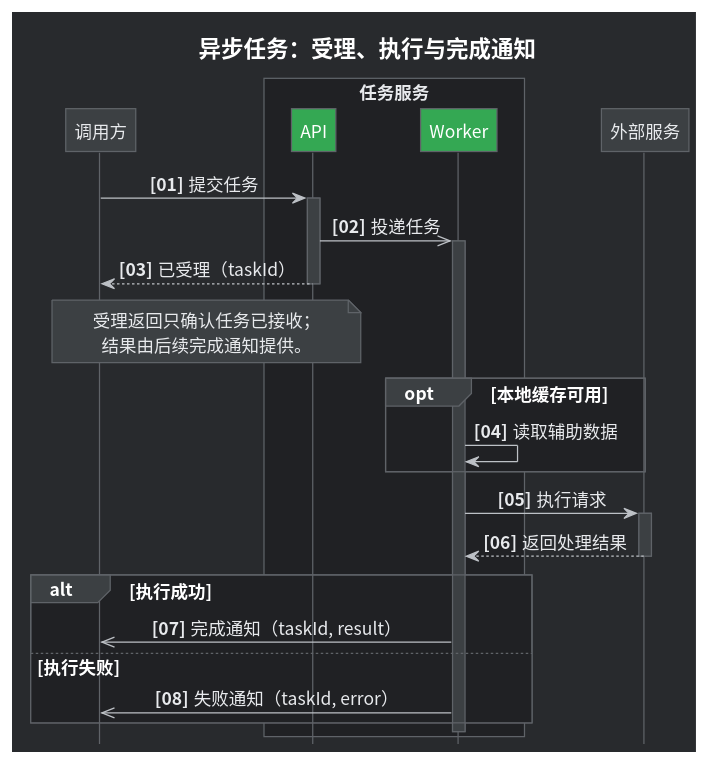
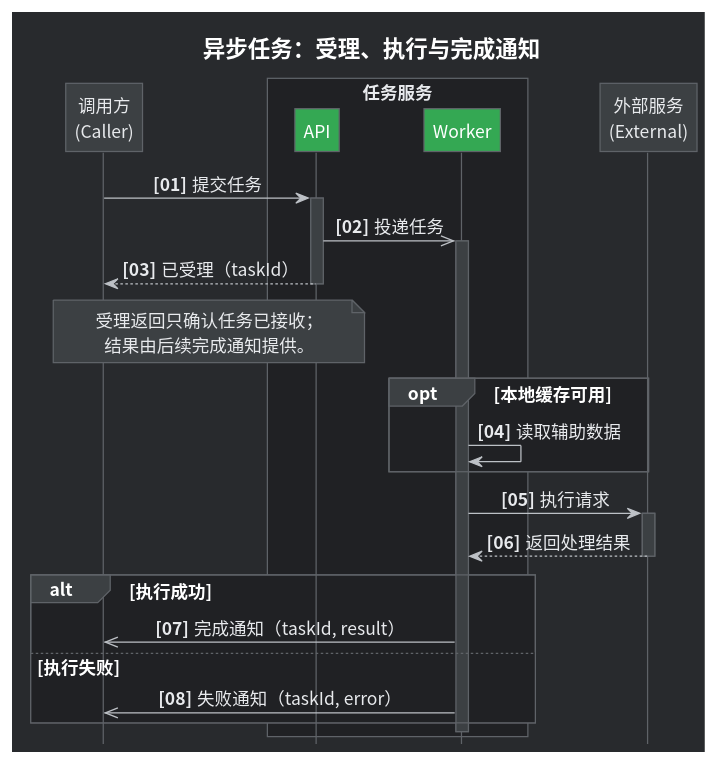
Before and after one commit to Ethen-Cao/ethenslab: the third of 3 diagrams in content/others/PlantUML 元素规范.md, drawn with PlantUML. The commit also changed other lines of this file and 21 other files, not shown here.

```diff
--- a/content/others/PlantUML 元素规范.md
+++ b/content/others/PlantUML 元素规范.md
@@ -504,16 +520,21 @@
     ArrowColor #BDC1C6
     ArrowFontColor #E8EAED
 }
+skinparam participant<<ext>> {
+    BackgroundColor #3C4043
+    FontColor #E8EAED
+}
+hide stereotype
 
 hide footbox
 
 title 异步任务：受理、执行与完成通知
-participant "<color:#E8EAED>调用方</color>" as Caller #3C4043
-box "任务服务" #202124
+participant "调用方\n(Caller)" as Caller <<ext>>
+box "任务服务"
 participant "API" as API
 participant "Worker" as Worker
 end box
-participant "<color:#E8EAED>外部服务</color>" as External #3C4043
+participant "外部服务\n(External)" as External <<ext>>
 
 autonumber "<b>[00]"
 Caller -> API : 提交任务
```
